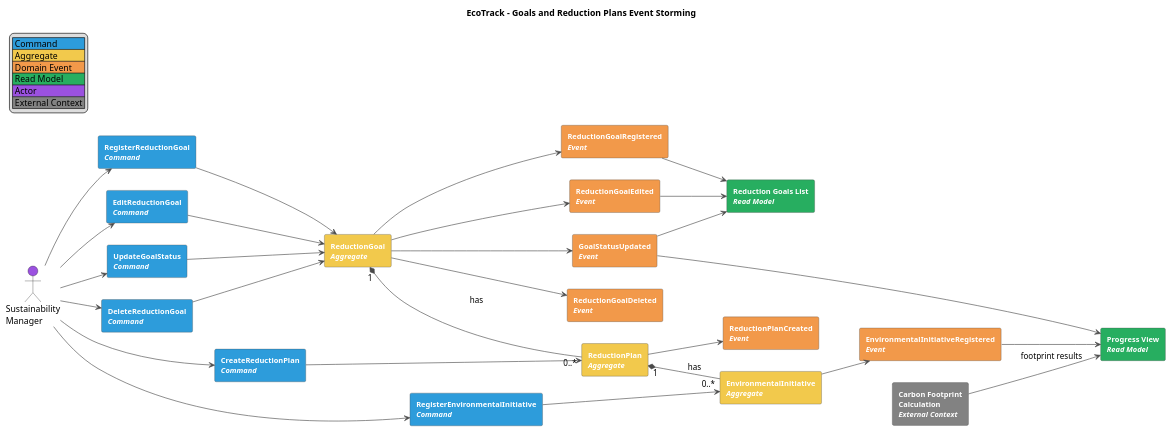
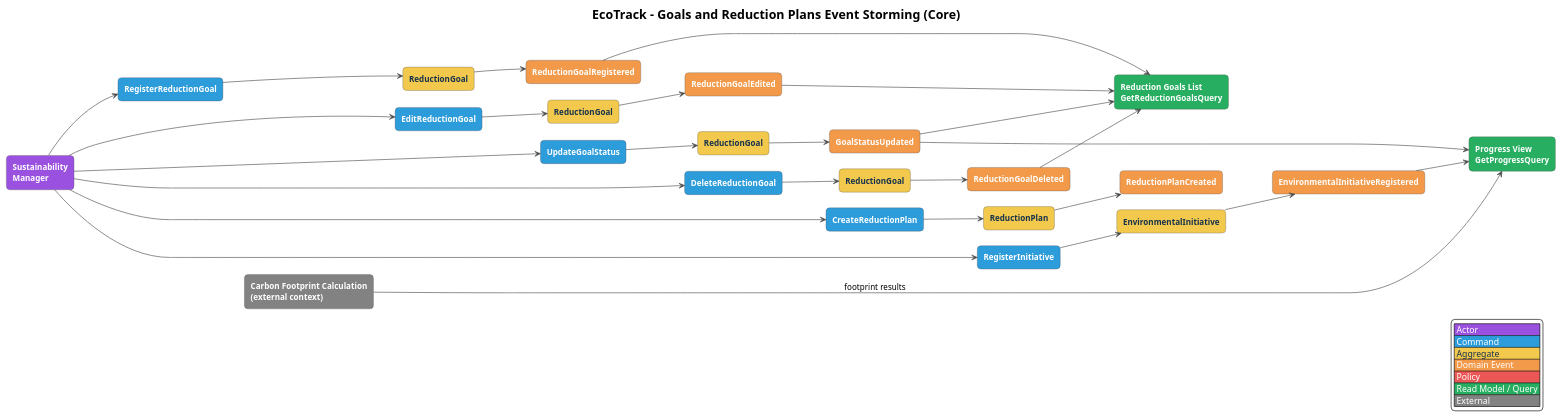
The diagram in docs/diagrams/event-storming/ecotrack-event-storming-goals-and-reduction-plans.puml (Horizon-OpenSource/report), drawn with PlantUML before and after one commit. The commit also changed 18 other files, not shown here.

Commit message:
docs(report): improve event storming, context, container and database diagrams

```diff
--- a/docs/diagrams/event-storming/ecotrack-event-storming-goals-and-reduction-plans.puml
+++ b/docs/diagrams/event-storming/ecotrack-event-storming-goals-and-reduction-plans.puml
@@ -1,85 +1,123 @@
 @startuml
-title EcoTrack - Goals and Reduction Plans Event Storming
 left to right direction
-skinparam packageStyle rectangle
 skinparam shadowing false
-skinparam defaultFontName Arial
-skinparam rectangle {
-  BorderColor #4A4A4A
-  FontColor #FFFFFF
-  FontStyle bold
-  FontSize 12
+skinparam defaultFontName Helvetica
+skinparam defaultFontSize 13
+skinparam backgroundColor white
+skinparam nodesep 25
+skinparam ranksep 70
+skinparam ArrowColor #4A4A4A
+skinparam RectangleBorderColor #555555
+skinparam RectangleFontStyle bold
+skinparam roundCorner 12
+skinparam rectangle<<ext>> {
+  BackgroundColor #828282
+  FontColor white
 }
-skinparam ArrowColor #4A4A4A
+skinparam rectangle<<rm>> {
+  BackgroundColor #27AE60
+  FontColor white
+}
+skinparam rectangle<<pol>> {
+  BackgroundColor #EB5757
+  FontColor white
+}
+skinparam rectangle<<evt>> {
+  BackgroundColor #F2994A
+  FontColor white
+}
+skinparam rectangle<<agg>> {
+  BackgroundColor #F2C94C
+  FontColor #17324D
+}
+skinparam rectangle<<cmd>> {
+  BackgroundColor #2D9CDB
+  FontColor white
+}
+skinparam rectangle<<actor>> {
+  BackgroundColor #9B51E0
+  FontColor white
+}
+skinparam titleFontSize 20
+hide stereotype
+title EcoTrack - Goals and Reduction Plans Event Storming (Core)
 
-legend top left
-  |<#2D9CDB> Command |
-  |<#F2C94C> Aggregate |
-  |<#F2994A> Domain Event |
-  |<#27AE60> Read Model |
-  |<#9B51E0> Actor |
-  |<#828282> External Context |
+rectangle "Sustainability\nManager" as a <<actor>>
+rectangle "Carbon Footprint Calculation\n(external context)" as x <<ext>>
+rectangle "RegisterReductionGoal" as c1 <<cmd>>
+rectangle "EditReductionGoal" as c2 <<cmd>>
+rectangle "UpdateGoalStatus" as c3 <<cmd>>
+rectangle "DeleteReductionGoal" as c4 <<cmd>>
+rectangle "CreateReductionPlan" as c5 <<cmd>>
+rectangle "RegisterInitiative" as c6 <<cmd>>
+rectangle "ReductionGoal" as g1 <<agg>>
+rectangle "ReductionGoal" as g2 <<agg>>
+rectangle "ReductionGoal" as g3 <<agg>>
+rectangle "ReductionGoal" as g4 <<agg>>
+rectangle "ReductionPlan" as g5 <<agg>>
+rectangle "EnvironmentalInitiative" as g6 <<agg>>
+rectangle "ReductionGoalRegistered" as e1 <<evt>>
+rectangle "ReductionGoalEdited" as e2 <<evt>>
+rectangle "GoalStatusUpdated" as e3 <<evt>>
+rectangle "ReductionGoalDeleted" as e4 <<evt>>
+rectangle "ReductionPlanCreated" as e5 <<evt>>
+rectangle "EnvironmentalInitiativeRegistered" as e6 <<evt>>
+rectangle "Reduction Goals List\nGetReductionGoalsQuery" as r1 <<rm>>
+rectangle "Progress View\nGetProgressQuery" as r2 <<rm>>
+
+a --> c1
+a --> c2
+a --> c3
+a --> c4
+a --> c5
+a --> c6
+c1 --> g1
+c2 --> g2
+c3 --> g3
+c4 --> g4
+c5 --> g5
+c6 --> g6
+g1 --> e1
+g2 --> e2
+g3 --> e3
+g4 --> e4
+g5 --> e5
+g6 --> e6
+e1 --> r1
+e2 --> r1
+e3 --> r1
+e4 --> r1
+e3 --> r2
+e6 --> r2
+x --> r2 : footprint results
+a -[hidden]down-> x
+c1 -[hidden]down-> c2
+c2 -[hidden]down-> c3
+c3 -[hidden]down-> c4
+c4 -[hidden]down-> c5
+c5 -[hidden]down-> c6
+g1 -[hidden]down-> g2
+g2 -[hidden]down-> g3
+g3 -[hidden]down-> g4
+g4 -[hidden]down-> g5
+g5 -[hidden]down-> g6
+e1 -[hidden]down-> e2
+e2 -[hidden]down-> e3
+e3 -[hidden]down-> e4
+e4 -[hidden]down-> e5
+e5 -[hidden]down-> e6
+r1 -[hidden]down-> r2
+a -[hidden]right-> c1
+c1 -[hidden]right-> g1
+g1 -[hidden]right-> e1
+e1 -[hidden]right-> r1
+legend right
+  |<#9B51E0><color:white> Actor </color>|
+  |<#2D9CDB><color:white> Command </color>|
+  |<#F2C94C><color:#17324D> Aggregate </color>|
+  |<#F2994A><color:white> Domain Event </color>|
+  |<#EB5757><color:white> Policy </color>|
+  |<#27AE60><color:white> Read Model / Query </color>|
+  |<#828282><color:white> External </color>|
 endlegend
-
-actor "Sustainability\nManager" as Manager #9B51E0
-rectangle "Carbon Footprint\nCalculation\n<i>External Context</i>" as Footprint #828282
-
-rectangle "RegisterReductionGoal\n<i>Command</i>" as CmdGoal #2D9CDB
-rectangle "ReductionGoal\n<i>Aggregate</i>" as AggGoal #F2C94C
-rectangle "ReductionGoalRegistered\n<i>Event</i>" as EvtGoal #F2994A
-
-rectangle "EditReductionGoal\n<i>Command</i>" as CmdEdit #2D9CDB
-rectangle "ReductionGoalEdited\n<i>Event</i>" as EvtEdit #F2994A
-
-rectangle "UpdateGoalStatus\n<i>Command</i>" as CmdStatus #2D9CDB
-rectangle "GoalStatusUpdated\n<i>Event</i>" as EvtStatus #F2994A
-
-rectangle "DeleteReductionGoal\n<i>Command</i>" as CmdDelGoal #2D9CDB
-rectangle "ReductionGoalDeleted\n<i>Event</i>" as EvtDelGoal #F2994A
-
-rectangle "CreateReductionPlan\n<i>Command</i>" as CmdPlan #2D9CDB
-rectangle "ReductionPlan\n<i>Aggregate</i>" as AggPlan #F2C94C
-rectangle "ReductionPlanCreated\n<i>Event</i>" as EvtPlan #F2994A
-
-rectangle "RegisterEnvironmentalInitiative\n<i>Command</i>" as CmdInit #2D9CDB
-rectangle "EnvironmentalInitiative\n<i>Aggregate</i>" as AggInit #F2C94C
-rectangle "EnvironmentalInitiativeRegistered\n<i>Event</i>" as EvtInit #F2994A
-
-rectangle "Reduction Goals List\n<i>Read Model</i>" as RmGoals #27AE60
-rectangle "Progress View\n<i>Read Model</i>" as RmProgress #27AE60
-
-Manager --> CmdGoal
-CmdGoal --> AggGoal
-AggGoal --> EvtGoal
-
-Manager --> CmdEdit
-CmdEdit --> AggGoal
-AggGoal --> EvtEdit
-
-Manager --> CmdStatus
-CmdStatus --> AggGoal
-AggGoal --> EvtStatus
-
-Manager --> CmdDelGoal
-CmdDelGoal --> AggGoal
-AggGoal --> EvtDelGoal
-
-Manager --> CmdPlan
-CmdPlan --> AggPlan
-AggGoal "1" *-- "0..*" AggPlan : has
-AggPlan --> EvtPlan
-
-Manager --> CmdInit
-CmdInit --> AggInit
-AggPlan "1" *-- "0..*" AggInit : has
-AggInit --> EvtInit
-
-EvtGoal --> RmGoals
-EvtEdit --> RmGoals
-EvtStatus --> RmGoals
-
-Footprint --> RmProgress : footprint results
-EvtStatus --> RmProgress
-EvtInit --> RmProgress
-
 @enduml
```
